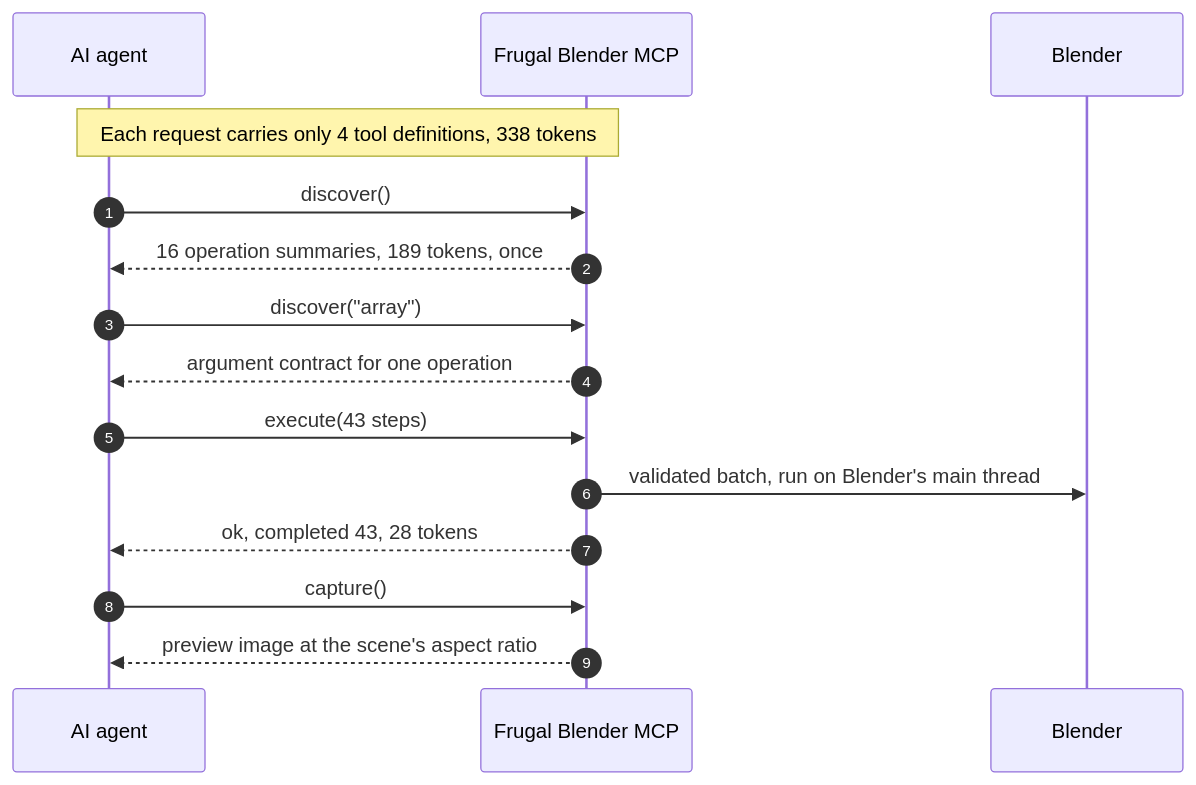
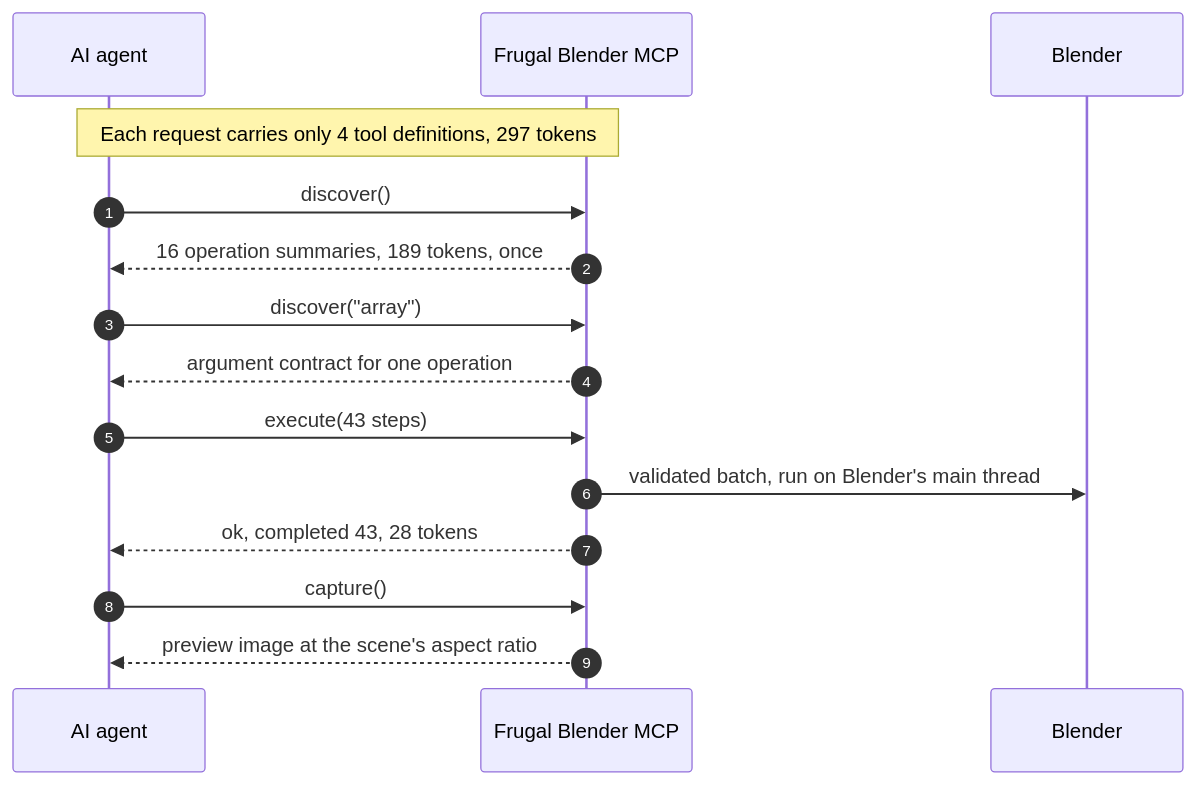
The diagram in README.md (doolecg/frugal-blender-mcp), drawn with Mermaid before and after one commit. The commit also changed other lines of this file and 33 other files, not shown here.

````diff
--- a/README.md
+++ b/README.md
@@ -100,17 +104,17 @@
 ```mermaid
 sequenceDiagram
     autonumber
     participant A as AI agent
     participant M as Frugal Blender MCP
     participant B as Blender
-    Note over A,M: Each request carries only 4 tool definitions, 338 tokens
+    Note over A,M: Each request carries only 4 tool definitions, 297 tokens
     A->>M: discover()
     M-->>A: 16 operation summaries, 189 tokens, once
     A->>M: discover("array")
     M-->>A: argument contract for one operation
     A->>M: execute(43 steps)
     M->>B: validated batch, run on Blender's main thread
     M-->>A: ok, completed 43, 28 tokens
     A->>M: capture()
     M-->>A: preview image at the scene's aspect ratio
 ```
````
